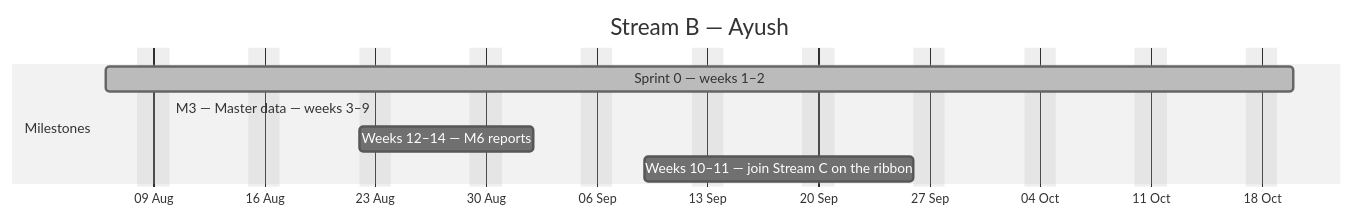
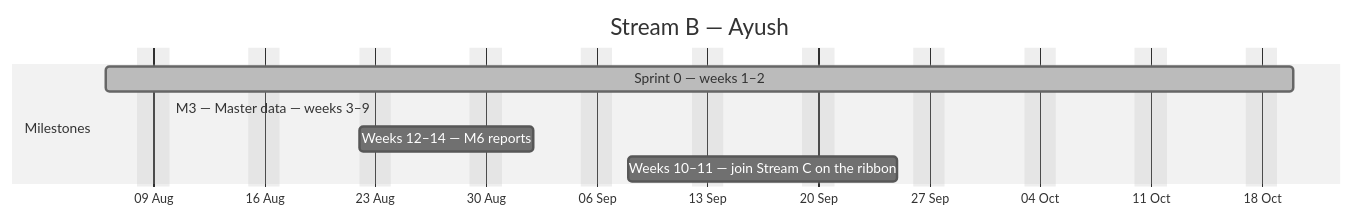
Before and after one commit to debashisedunext/EduTrack: the second of 4 diagrams in docs/plan/GANTT.md, drawn with Mermaid (neutral theme). The commit also changed other lines of this file and 3 other files, not shown here.

````diff
--- a/docs/plan/GANTT.md
+++ b/docs/plan/GANTT.md
@@ -121,12 +121,12 @@
 ```mermaid
 gantt
     dateFormat YYYY-MM-DD
     axisFormat %d %b
     title Stream B — Ayush
     excludes weekends
     section Milestones
     Sprint 0 — weeks 1–2 :done, b0, 2026-08-06, 53d
-    M3 — Master data — weeks 3–9 :active, b1, 2026-08-10, -20d
+    M3 — Master data — weeks 3–9 :active, b1, 2026-08-10, -21d
     Weeks 12–14 — M6 reports :b2, 2026-08-22, 8d
-    Weeks 10–11 — join Stream C on the ribbon :b3, 2026-09-09, 13d
+    Weeks 10–11 — join Stream C on the ribbon :b3, 2026-09-08, 13d
 ```
````
